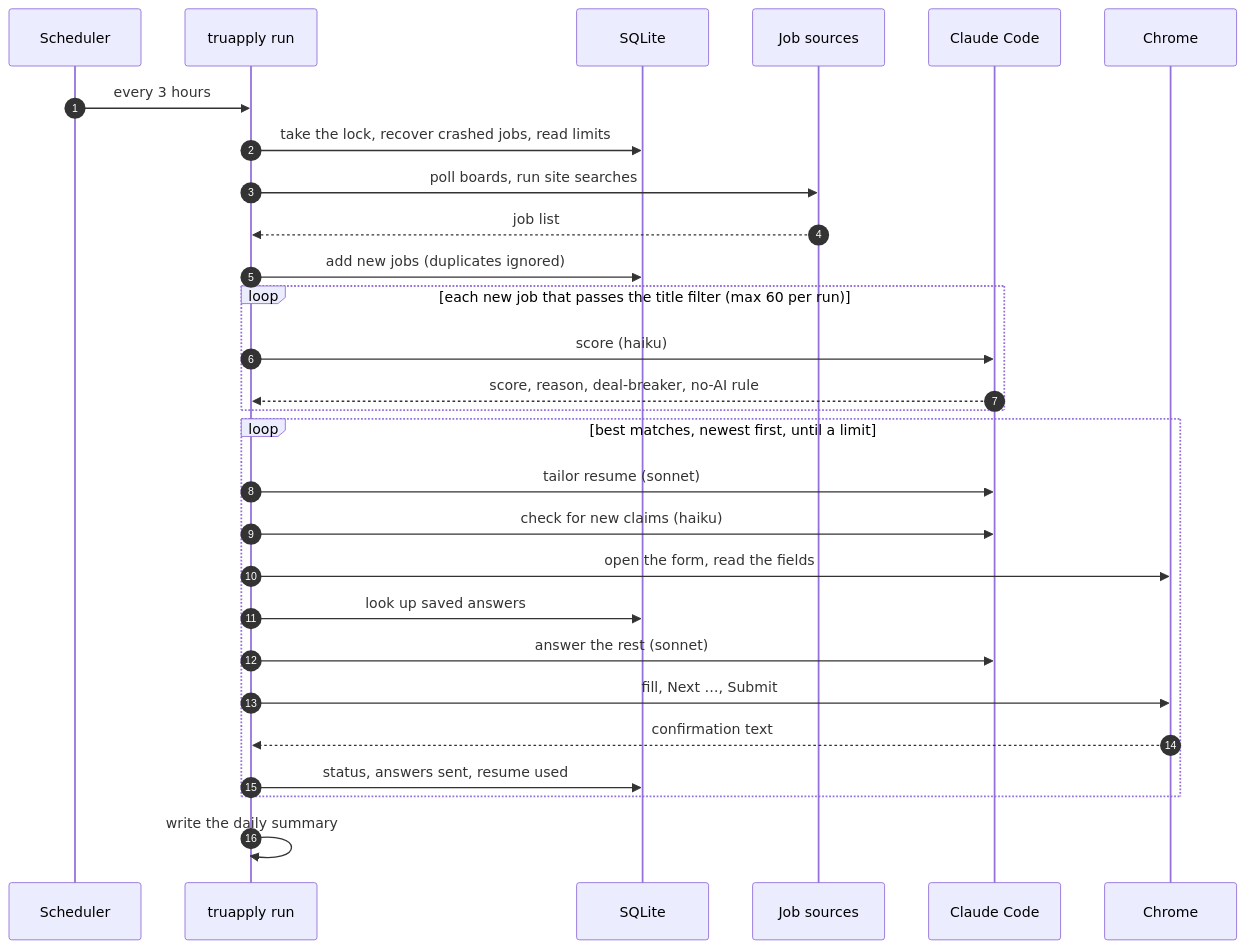
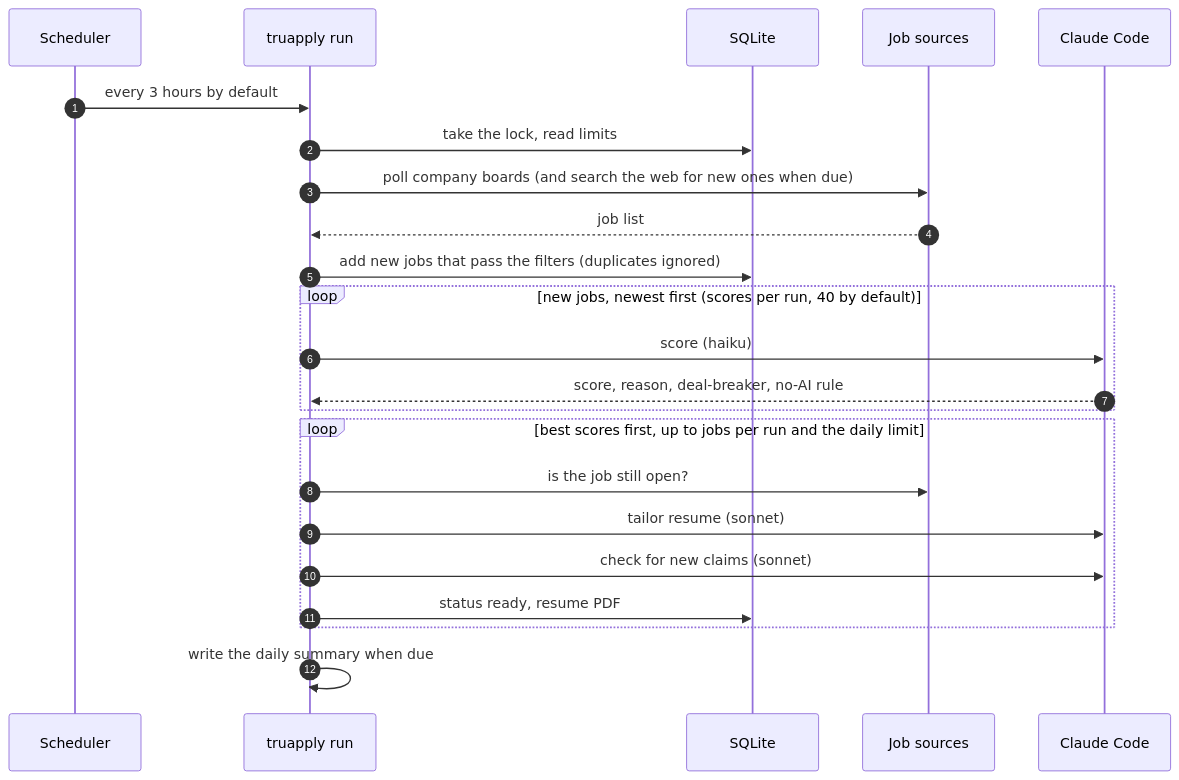
Before and after one commit to Avijit07x/truapply: the second of 7 diagrams in docs/architecture.md, drawn with Mermaid. The commit also changed other lines of this file and 17 other files, not shown here.

````diff
--- a/docs/architecture.md
+++ b/docs/architecture.md
@@ -167,30 +180,25 @@
 ```mermaid
 sequenceDiagram
   autonumber
   participant S as Scheduler
   participant R as truapply run
   participant DB as SQLite
   participant W as Job sources
   participant AI as Claude Code
-  participant B as Chrome
-  S->>R: every 3 hours
-  R->>DB: take the lock, recover crashed jobs, read limits
-  R->>W: poll boards, run site searches
+  S->>R: every 3 hours by default
+  R->>DB: take the lock, read limits
+  R->>W: poll company boards (and search the web for new ones when due)
   W-->>R: job list
-  R->>DB: add new jobs (duplicates ignored)
-  loop each new job that passes the title filter (max 60 per run)
+  R->>DB: add new jobs that pass the filters (duplicates ignored)
+  loop new jobs, newest first (scores per run, 40 by default)
     R->>AI: score (haiku)
     AI-->>R: score, reason, deal-breaker, no-AI rule
   end
-  loop best matches, newest first, until a limit
+  loop best scores first, up to jobs per run and the daily limit
+    R->>W: is the job still open?
     R->>AI: tailor resume (sonnet)
-    R->>AI: check for new claims (haiku)
-    R->>B: open the form, read the fields
-    R->>DB: look up saved answers
-    R->>AI: answer the rest (sonnet)
-    R->>B: fill, Next …, Submit
-    B-->>R: confirmation text
-    R->>DB: status, answers sent, resume used
+    R->>AI: check for new claims (sonnet)
+    R->>DB: status ready, resume PDF
   end
-  R->>R: write the daily summary
+  R->>R: write the daily summary when due
 ```
````
